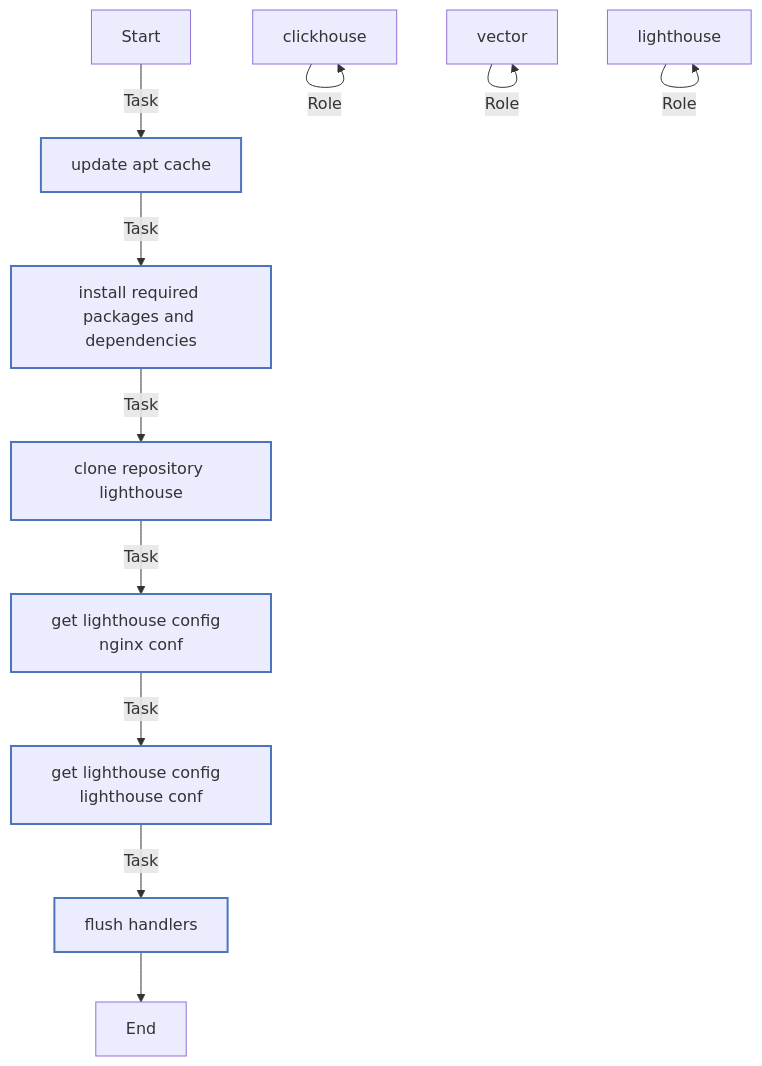
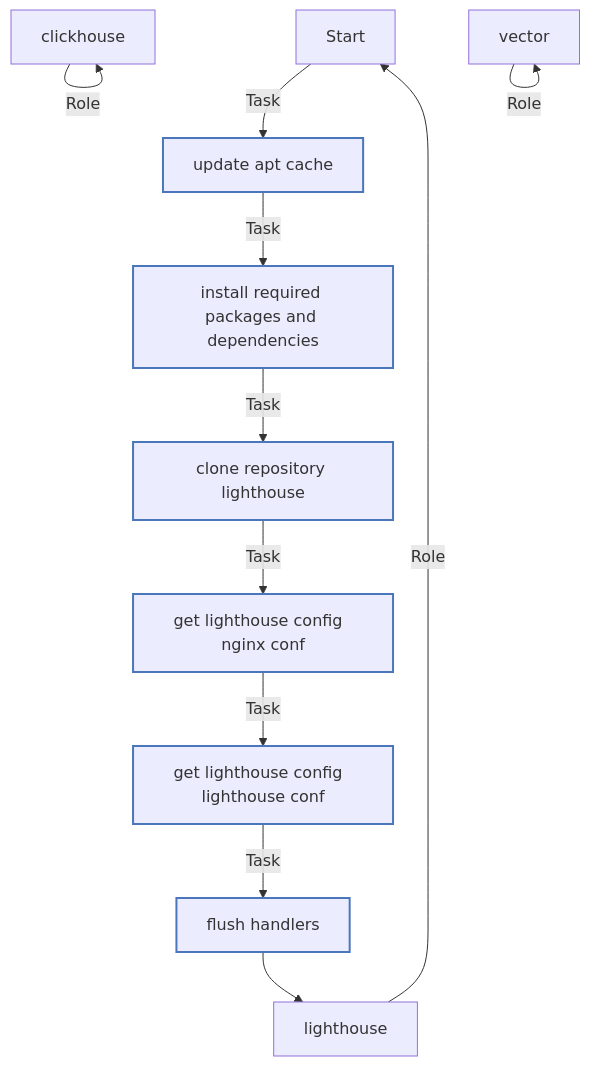
One commit to tvm2360/08-ansible-04-role changed the diagram in README.md. Above: the diagram before and after it, drawn with Mermaid.

Commit message:
Add stage 1

````diff
--- a/README.md
+++ b/README.md
@@ -28,24 +28,24 @@
 ```mermaid
 flowchart TD
 Start
 classDef block stroke:#3498db,stroke-width:2px;
 classDef task stroke:#4b76bb,stroke-width:2px;
 classDef includeTasks stroke:#16a085,stroke-width:2px;
 classDef importTasks stroke:#34495e,stroke-width:2px;
 classDef includeRole stroke:#2980b9,stroke-width:2px;
 classDef importRole stroke:#699ba7,stroke-width:2px;
 classDef includeVars stroke:#8e44ad,stroke-width:2px;
 classDef rescue stroke:#665352,stroke-width:2px;
 
   clickhouse-->|Role| clickhouse[clickhouse]
   vector-->|Role| vector[vector]
 
-  lighthouse-->|Role| lighthouse[lighthouse]
+  lighthouse-->|Role| Start
   Start-->|Task| Update_apt_cache0[update apt cache]:::task
   Update_apt_cache0-->|Task| Install_required_packages_and_dependencies1[install required packages and dependencies]:::task
   Install_required_packages_and_dependencies1-->|Task| Clone_repository_lighthouse2[clone repository lighthouse]:::task
   Clone_repository_lighthouse2-->|Task| Get_lighthouse_config__nginx_conf_3[get lighthouse config  nginx conf ]:::task
   Get_lighthouse_config__nginx_conf_3-->|Task| Get_lighthouse_config__lighthouse_conf_4[get lighthouse config  lighthouse conf ]:::task
   Get_lighthouse_config__lighthouse_conf_4-->|Task| Flush_handlers5[flush handlers]:::task
-  Flush_handlers5-->End
+  Flush_handlers5-->lighthouse[lighthouse]
 ```
````
